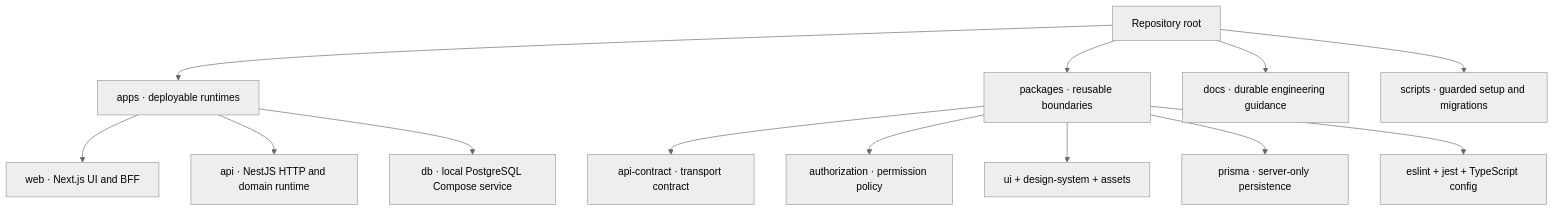
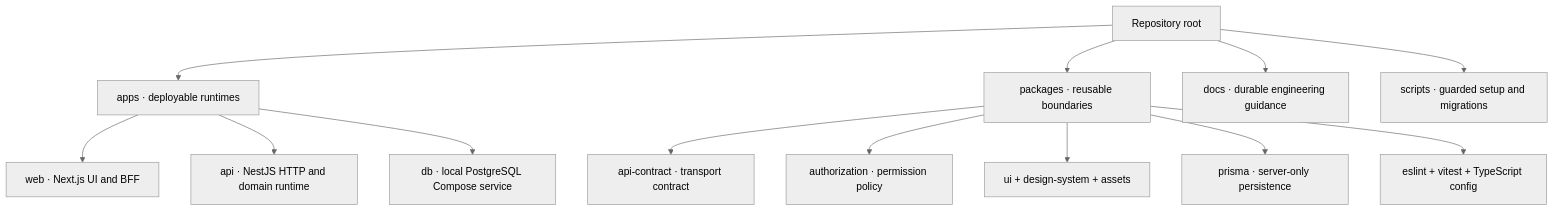
The second of 7 diagrams in docs/engineering/architecture-and-modules.md (korawit-ch/monex-turbo-starter-template), drawn with Mermaid (neutral theme) before and after one commit. The commit also changed other lines of this file and 76 other files, not shown here.

````diff
--- a/docs/engineering/architecture-and-modules.md
+++ b/docs/engineering/architecture-and-modules.md
@@ -60,19 +60,19 @@
 ```mermaid
 flowchart TB
   Root["Repository root"]
 
   Root --> Apps["apps · deployable runtimes"]
   Root --> Packages["packages · reusable boundaries"]
   Root --> Docs["docs · durable engineering guidance"]
   Root --> Scripts["scripts · guarded setup and migrations"]
 
   Apps --> Web["web · Next.js UI and BFF"]
   Apps --> API["api · NestJS HTTP and domain runtime"]
   Apps --> DB["db · local PostgreSQL Compose service"]
 
   Packages --> Contracts["api-contract · transport contract"]
   Packages --> Policy["authorization · permission policy"]
   Packages --> Presentation["ui + design-system + assets"]
   Packages --> Data["prisma · server-only persistence"]
-  Packages --> Tooling["eslint + jest + TypeScript config"]
+  Packages --> Tooling["eslint + vitest + TypeScript config"]
 ```
````
